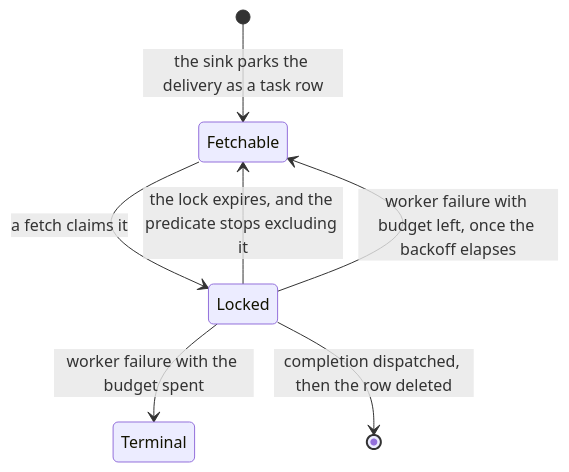
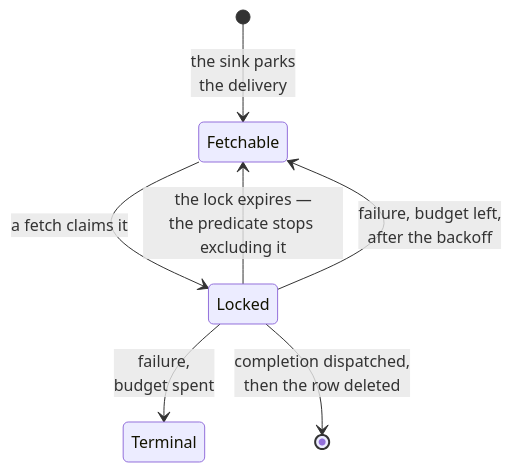
One commit to startr-trade/sutra changed the first of 2 diagrams in docs/src/internals/pull-surface-design.md. Above: the diagram before and after it, drawn with Mermaid. The commit also changed 18 other files, not shown here.

Commit message:
(docs) Update to the documentation diagrams

````diff
--- a/docs/src/internals/pull-surface-design.md
+++ b/docs/src/internals/pull-surface-design.md
@@ -67,9 +67,9 @@
 ```mermaid
 stateDiagram-v2
-    [*] --> Fetchable: the sink parks the delivery as a task row
+    [*] --> Fetchable: the sink parks<br/>the delivery
     Fetchable --> Locked: a fetch claims it
-    Locked --> Fetchable: the lock expires, and the predicate stops excluding it
-    Locked --> Fetchable: worker failure with budget left, once the backoff elapses
-    Locked --> Terminal: worker failure with the budget spent
-    Locked --> [*]: completion dispatched, then the row deleted
+    Locked --> Fetchable: the lock expires —<br/>the predicate stops excluding it
+    Locked --> Fetchable: failure, budget left,<br/>after the backoff
+    Locked --> Terminal: failure,<br/>budget spent
+    Locked --> [*]: completion dispatched,<br/>then the row deleted
 ```
````
